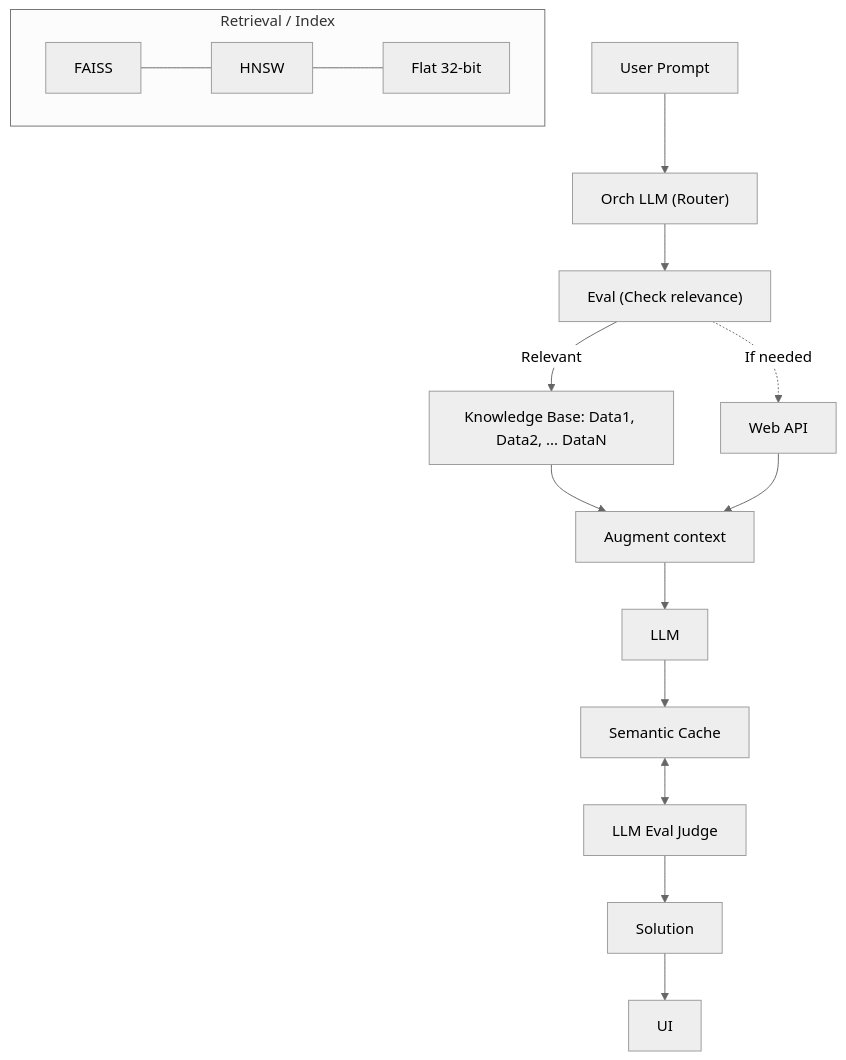
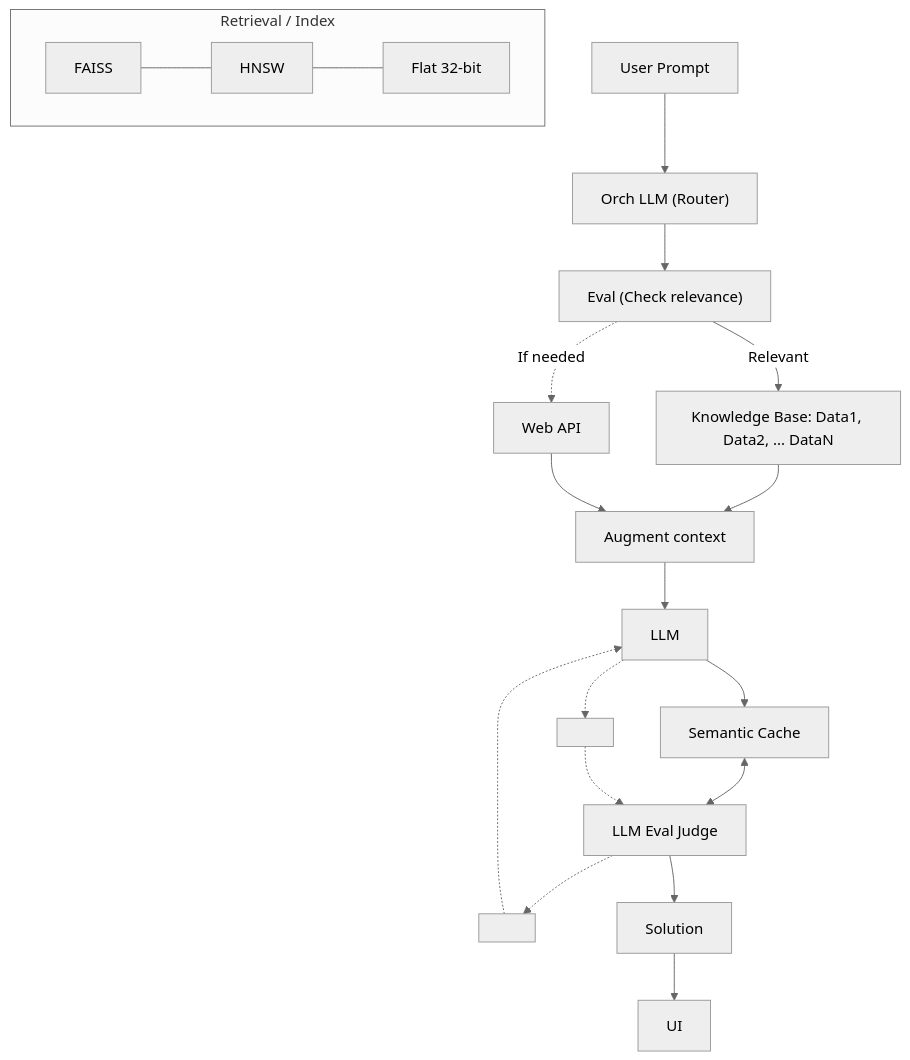
The diagram in README.md (heleyna-tuck/Diagram), drawn with Mermaid (neutral theme) before and after one commit.

Commit message:
Enhance README with bypass loop diagram
Add bypass loop around Semantic Cache in diagram

````diff
--- a/README.md
+++ b/README.md
@@ -1,23 +1,32 @@
 ```mermaid
 flowchart TD
   U["User Prompt"] --> R["Orch LLM (Router)"]
 
   subgraph RET["Retrieval / Index"]
     F["FAISS"] --- H["HNSW"]
     H --- Q["Flat 32-bit"]
   end
 
   R --> E["Eval (Check relevance)"]
   E -->|Relevant| KB["Knowledge Base: Data1, Data2, ... DataN"]
   E -.->|If needed| W["Web API"]
 
   KB --> A["Augment context"]
   W --> A
   A --> L["LLM"]
 
   L --> C["Semantic Cache"]
   C <--> J["LLM Eval Judge"]
 
+  %% Bypass loop around Semantic Cache:
+  %% top path (LLM -> Judge)
+  L -.-> UP[" "]
+  UP -.-> J
+
+  %% bottom path (Judge -> LLM)
+  J -.-> DOWN[" "]
+  DOWN -.-> L
+
   J --> S["Solution"]
   S --> UI["UI"]
 ```
````
